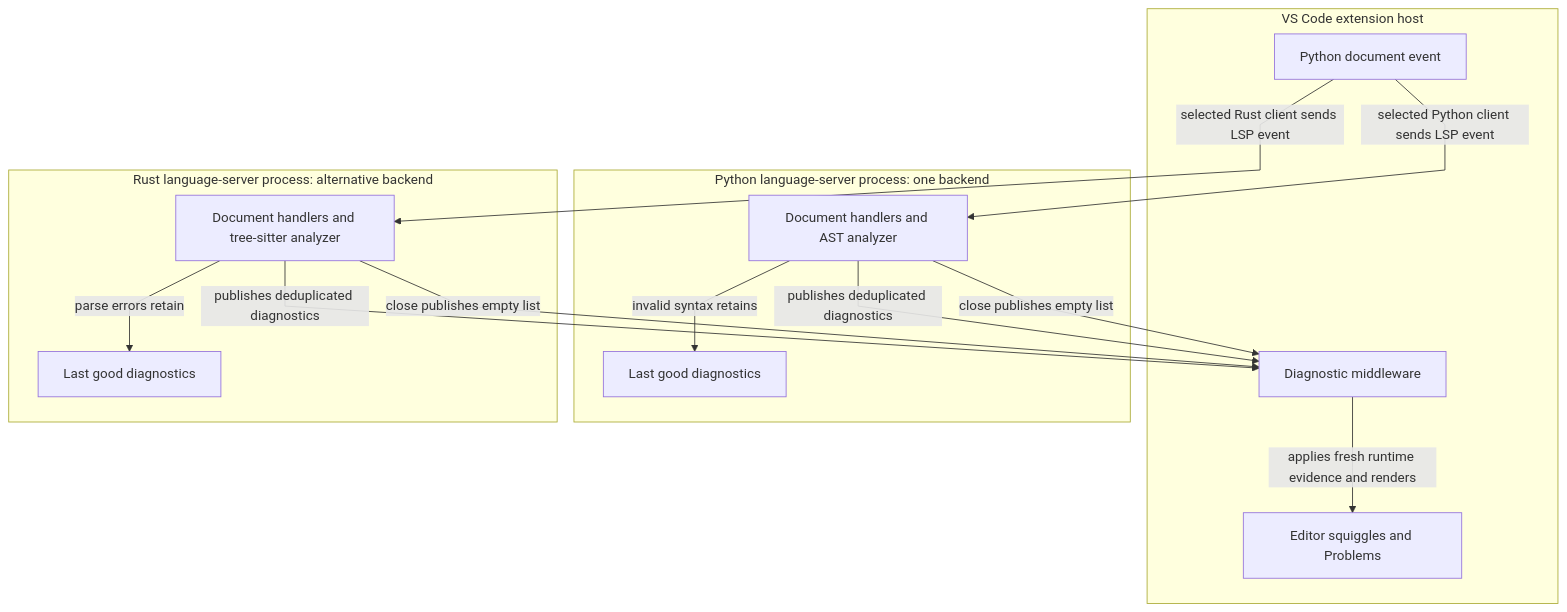
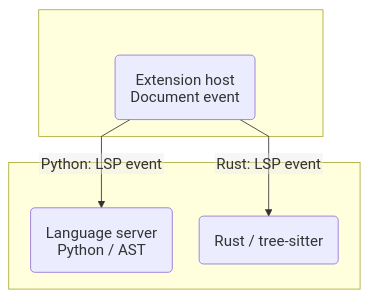
One commit to AashishTangnami/python-memory-guardian changed the third of 23 diagrams in docs/feature-map.md. Above: the diagram before and after it, drawn with Mermaid. The commit also changed other lines of this file, not shown here.

Commit message:
updated mermaid diagram for better readibility.

````diff
--- a/docs/feature-map.md
+++ b/docs/feature-map.md
@@ -53,26 +61,13 @@
 ```mermaid
-%%{init: {"fontFamily":"Inter, ui-sans-serif, system-ui, sans-serif","flowchart":{"curve":"linear","nodeSpacing":50,"rankSpacing":60},"layout":"dagre"}}%%
+%%{init: {"fontFamily":"Arial, sans-serif","themeVariables":{"fontSize":"18px","fontFamily":"Arial, sans-serif"},"flowchart":{"curve":"linear","nodeSpacing":32,"rankSpacing":40,"diagramPadding":8,"padding":18,"subGraphTitleMargin":{"top":10,"bottom":24},"htmlLabels":false},"layout":"dagre","htmlLabels":false,"themeCSS":".node rect, .cluster rect { rx: 10px; ry: 10px; } .label, .nodeLabel, .edgeLabel, .cluster-label { letter-spacing: normal; word-spacing: normal; } .edgeLabel rect { stroke: currentColor !important; stroke-width: 1px !important; stroke-dasharray: none; opacity: 1 !important; fill-opacity: 1; rx: 4px; ry: 4px; }"}}%%
 flowchart TD
-    subgraph EXT["VS Code extension host"]
-      Event["Python document event"]
-      Feedback["Diagnostic middleware"]
-      UI["Editor squiggles and Problems"]
+subgraph EXT[" "]
+      Event("Extension host<br/>Document event")
     end
-    subgraph PY["Python language-server process: one backend"]
-      Py["Document handlers and AST analyzer"]
-      PyKeep["Last good diagnostics"]
+    subgraph LSP[" "]
+      Py("Language server<br/>Python / AST")
+      Rs("Rust / tree-sitter")
     end
-    subgraph RS["Rust language-server process: alternative backend"]
-      Rs["Document handlers and tree-sitter analyzer"]
-      RsKeep["Last good diagnostics"]
-    end
-    Event -->|selected Python client sends LSP event| Py
-    Event -->|selected Rust client sends LSP event| Rs
-    Py -->|publishes deduplicated diagnostics| Feedback
-    Rs -->|publishes deduplicated diagnostics| Feedback
-    Py -->|invalid syntax retains| PyKeep
-    Rs -->|parse errors retain| RsKeep
-    Py -->|close publishes empty list| Feedback
-    Rs -->|close publishes empty list| Feedback
-    Feedback -->|applies fresh runtime evidence and renders| UI
+    Event -->|Python: LSP event| Py
+    Event -->|Rust: LSP event| Rs
 ```
````
